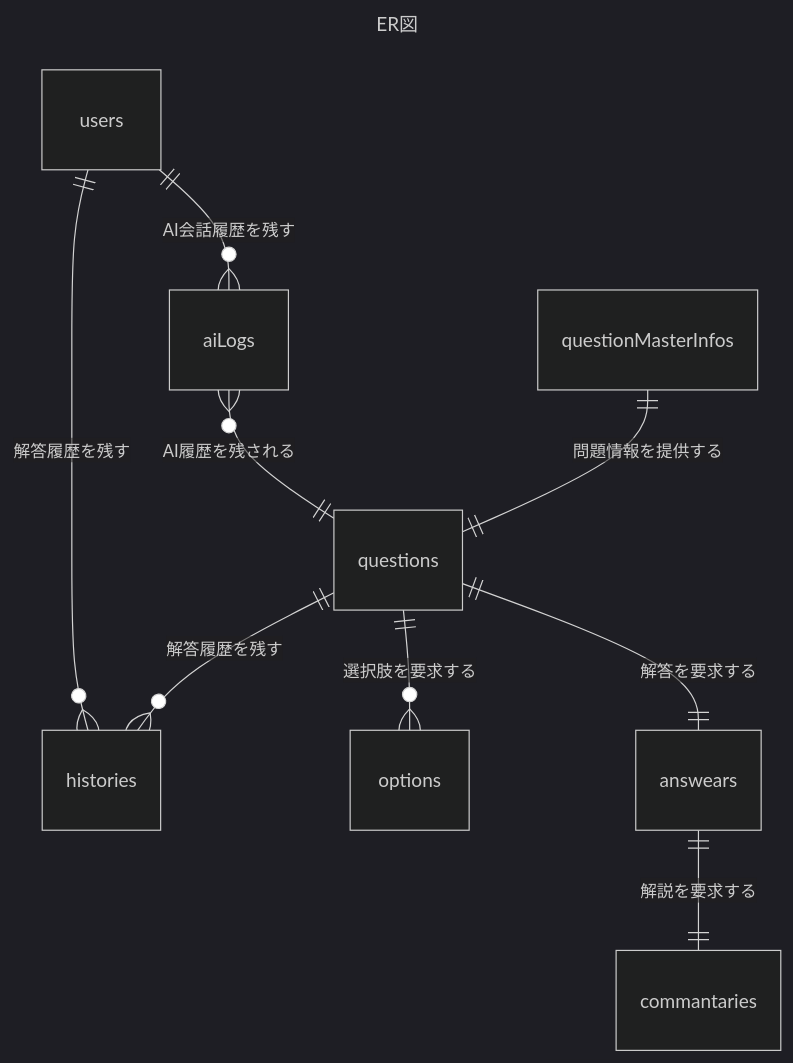
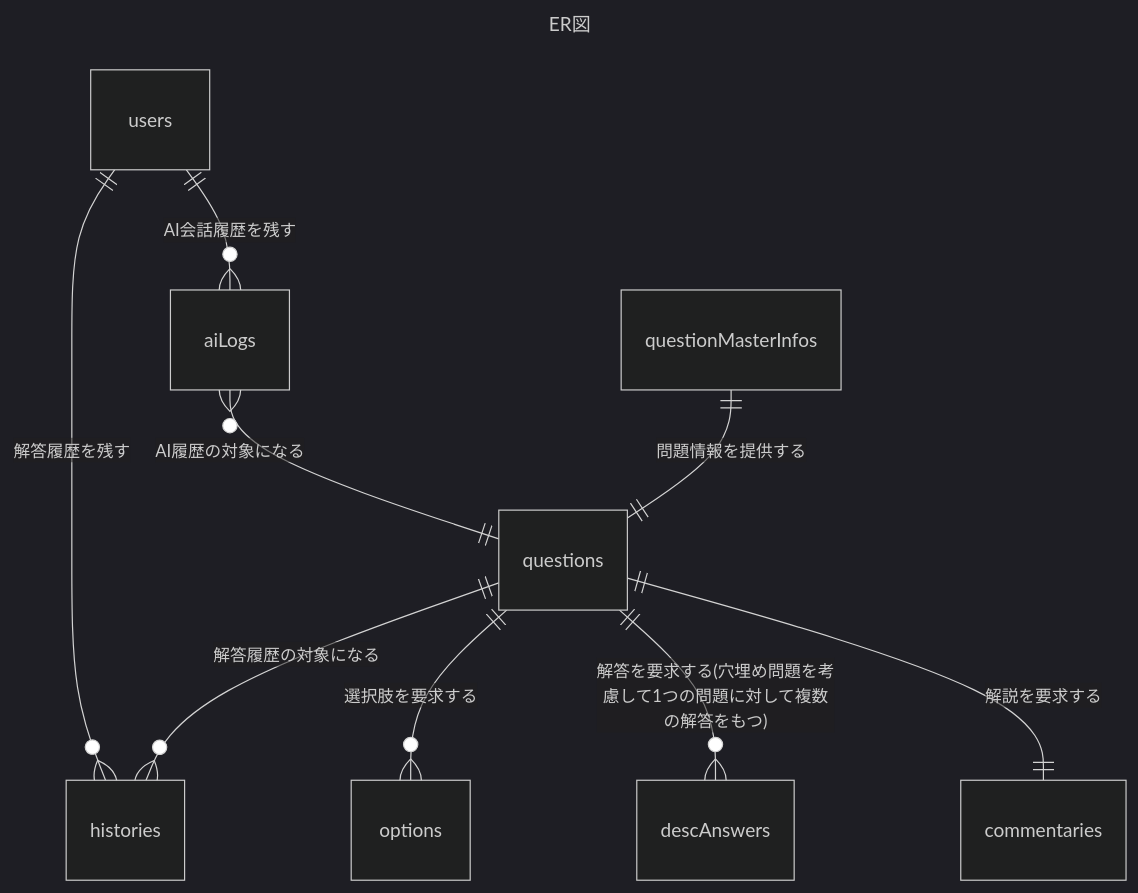
One commit to yutomoritajp/dbspec-mondou changed the diagram in docs/requirements.md. Above: the diagram before and after it, drawn with Mermaid (dark theme). The commit also changed other lines of this file, not shown here.

````diff
--- a/docs/requirements.md
+++ b/docs/requirements.md
@@ -292,14 +285,14 @@
 ```mermaid
 ---
 title: "ER図"
 ---
 erDiagram
     users ||--o{ histories : "解答履歴を残す"
     users ||--o{ aiLogs : "AI会話履歴を残す"
-    aiLogs }o--|| questions : "AI履歴を残される"
+    aiLogs }o--|| questions : "AI履歴の対象になる"
     questionMasterInfos ||--|| questions : "問題情報を提供する"
-    questions ||--o{ histories : "解答履歴を残す"
+    questions ||--o{ histories : "解答履歴の対象になる"
     questions ||--o{ options : "選択肢を要求する"
-    questions ||--|| answears : "解答を要求する"
-    answears ||--|| commantaries : "解説を要求する"
+    questions ||--o{ descAnswers : "解答を要求する(穴埋め問題を考慮して1つの問題に対して複数の解答をもつ)"
+    questions ||--|| commentaries : "解説を要求する"
 ```
````
